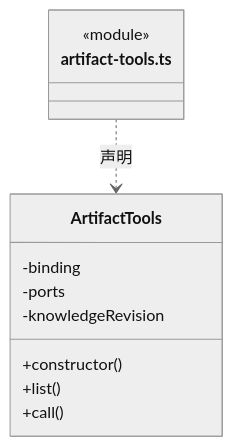
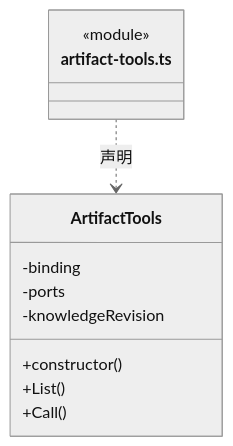
Before and after one commit to nan023062/cbim: the seventh of 46 diagrams in src/logic/evidence/rules/ARCHITECTURE.md, drawn with Mermaid (neutral theme). The commit also changed other lines of this file and 1035 other files, not shown here.

````diff
--- a/src/logic/evidence/rules/ARCHITECTURE.md
+++ b/src/logic/evidence/rules/ARCHITECTURE.md
@@ -163,15 +163,15 @@
 ```mermaid
 classDiagram
 class N_src_logic_evidence_rules_artifact_tools_ts["artifact-tools.ts"] {
   <<module>>
 }
 class N_src_logic_evidence_rules_artifact_tools_ts_ArtifactTools["ArtifactTools"] {
   +constructor()
-  +list()
-  +call()
+  +List()
+  +Call()
   -binding
   -ports
   -knowledgeRevision
 }
 N_src_logic_evidence_rules_artifact_tools_ts ..> N_src_logic_evidence_rules_artifact_tools_ts_ArtifactTools : 声明
 ```
````
